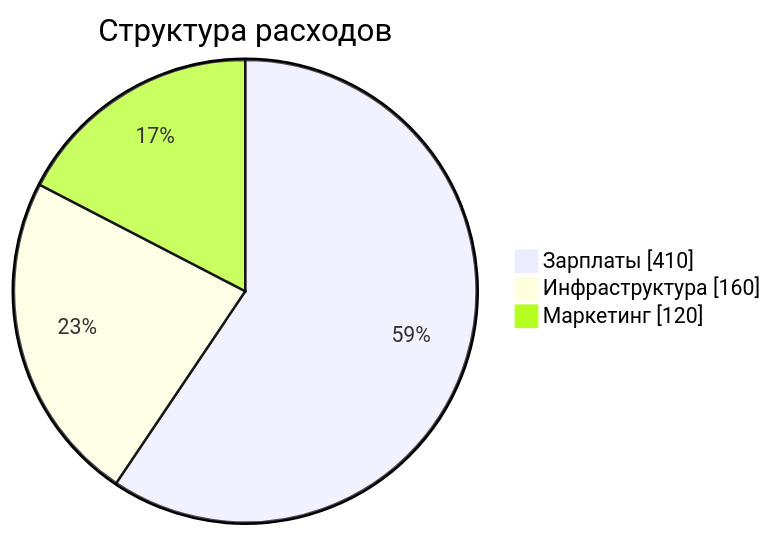
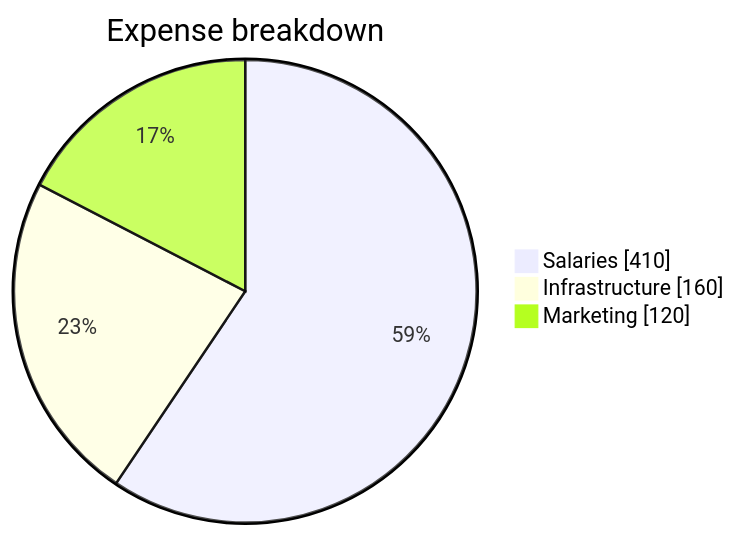
The third of 9 diagrams in examples/charts.md (Kseen715/md2pdfX), drawn with Mermaid before and after one commit. The commit also changed other lines of this file and 25 other files, not shown here.

````diff
--- a/examples/charts.md
+++ b/examples/charts.md
@@ -48,6 +48,6 @@
 ```mermaid
-pie showData title Структура расходов
-    "Зарплаты" : 410
-    "Инфраструктура" : 160
-    "Маркетинг" : 120
+pie showData title Expense breakdown
+    "Salaries" : 410
+    "Infrastructure" : 160
+    "Marketing" : 120
 ```
````
